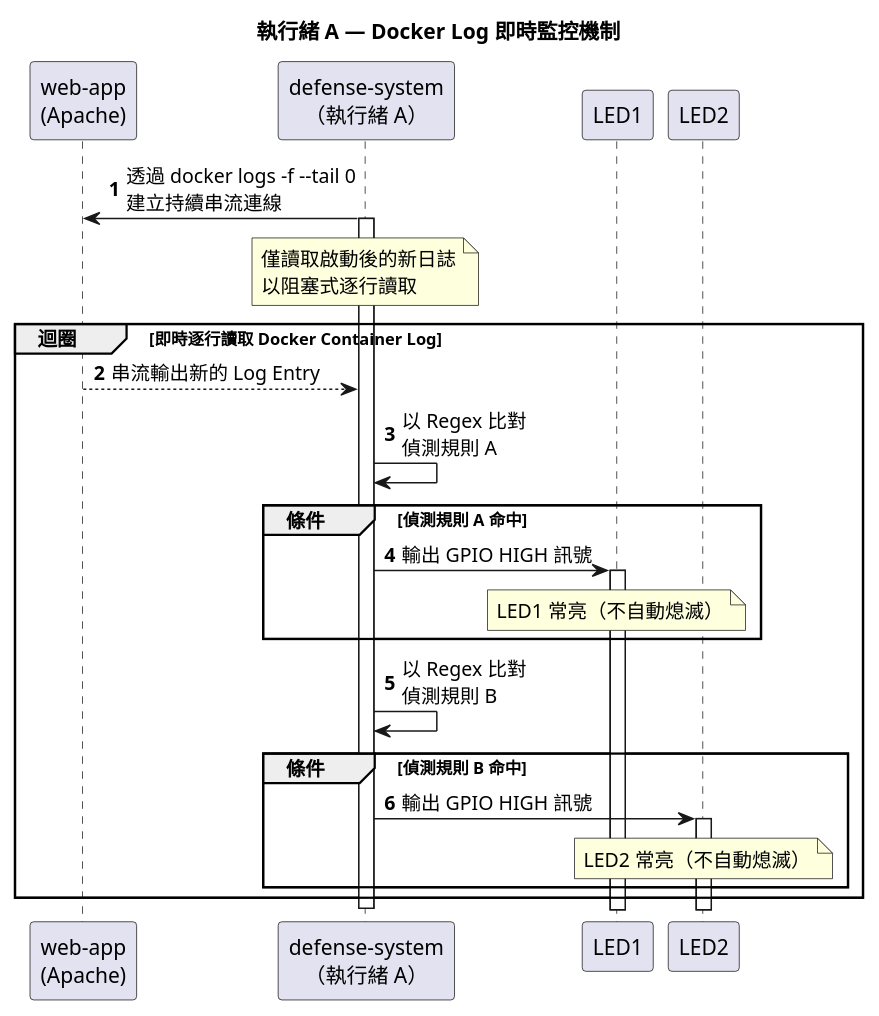
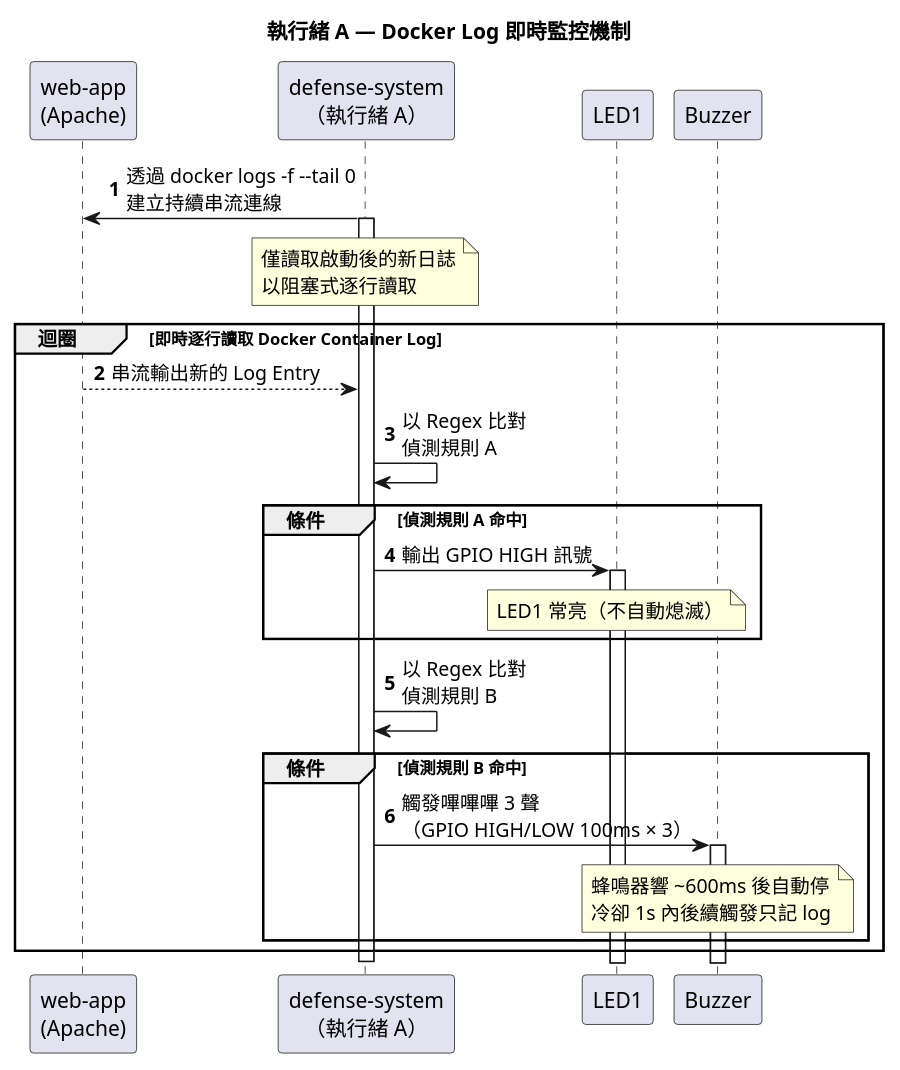
Before and after one commit to zyyuy0u/Physic-Flag-CTF: the second of 3 diagrams in docs/sequence-diagrams.puml, drawn with PlantUML. The commit also changed 6 other files, not shown here.

```diff
--- a/docs/sequence-diagrams.puml
+++ b/docs/sequence-diagrams.puml
@@ -63,40 +63,40 @@
 @startuml 02_thread_a_docker_log_monitor
 title 執行緒 A — Docker Log 即時監控機制
 
 participant "web-app\n(Apache)" as Web
 participant "defense-system\n（執行緒 A）" as ThreadA
 participant "LED1" as LED1
-participant "LED2" as LED2
+participant "Buzzer" as BUZZER
 
 autonumber
 
 ThreadA -> Web: 透過 docker logs -f --tail 0\n建立持續串流連線
 activate ThreadA
 
 note over ThreadA: 僅讀取啟動後的新日誌\n以阻塞式逐行讀取
 
 group 迴圈 [即時逐行讀取 Docker Container Log]
 
   Web --> ThreadA: 串流輸出新的 Log Entry
 
   ThreadA -> ThreadA: 以 Regex 比對\n偵測規則 A
 
   group 條件 [偵測規則 A 命中]
     ThreadA -> LED1: 輸出 GPIO HIGH 訊號
     activate LED1
     note over LED1: LED1 常亮（不自動熄滅）
   end
 
   ThreadA -> ThreadA: 以 Regex 比對\n偵測規則 B
 
   group 條件 [偵測規則 B 命中]
-    ThreadA -> LED2: 輸出 GPIO HIGH 訊號
-    activate LED2
-    note over LED2: LED2 常亮（不自動熄滅）
+    ThreadA -> BUZZER: 觸發嗶嗶嗶 3 聲\n（GPIO HIGH/LOW 100ms × 3）
+    activate BUZZER
+    note over BUZZER: 蜂鳴器響 ~600ms 後自動停\n冷卻 1s 內後續觸發只記 log
   end
 
 end
 
 deactivate ThreadA
 
 @enduml
```
